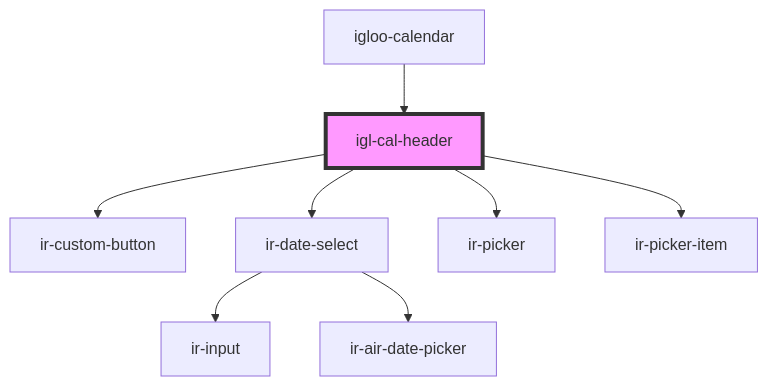
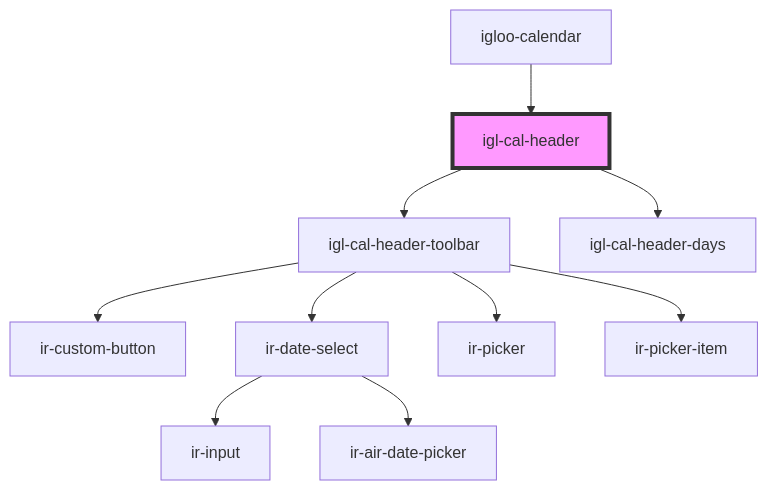
One commit to RonyRizk/ir-webcmp changed the diagram in src/components/igloo-calendar/igl-cal-header/readme.md. Above: the diagram before and after it, drawn with Mermaid. The commit also changed other lines of this file and 244 other files, not shown here.

````diff
--- a/src/components/igloo-calendar/igl-cal-header/readme.md
+++ b/src/components/igloo-calendar/igl-cal-header/readme.md
@@ -43,11 +42,13 @@
 ```mermaid
 graph TD;
-  igl-cal-header --> ir-custom-button
-  igl-cal-header --> ir-date-select
-  igl-cal-header --> ir-picker
-  igl-cal-header --> ir-picker-item
+  igl-cal-header --> igl-cal-header-toolbar
+  igl-cal-header --> igl-cal-header-days
+  igl-cal-header-toolbar --> ir-custom-button
+  igl-cal-header-toolbar --> ir-date-select
+  igl-cal-header-toolbar --> ir-picker
+  igl-cal-header-toolbar --> ir-picker-item
   ir-date-select --> ir-input
   ir-date-select --> ir-air-date-picker
   igloo-calendar --> igl-cal-header
   style igl-cal-header fill:#f9f,stroke:#333,stroke-width:4px
 ```
````
